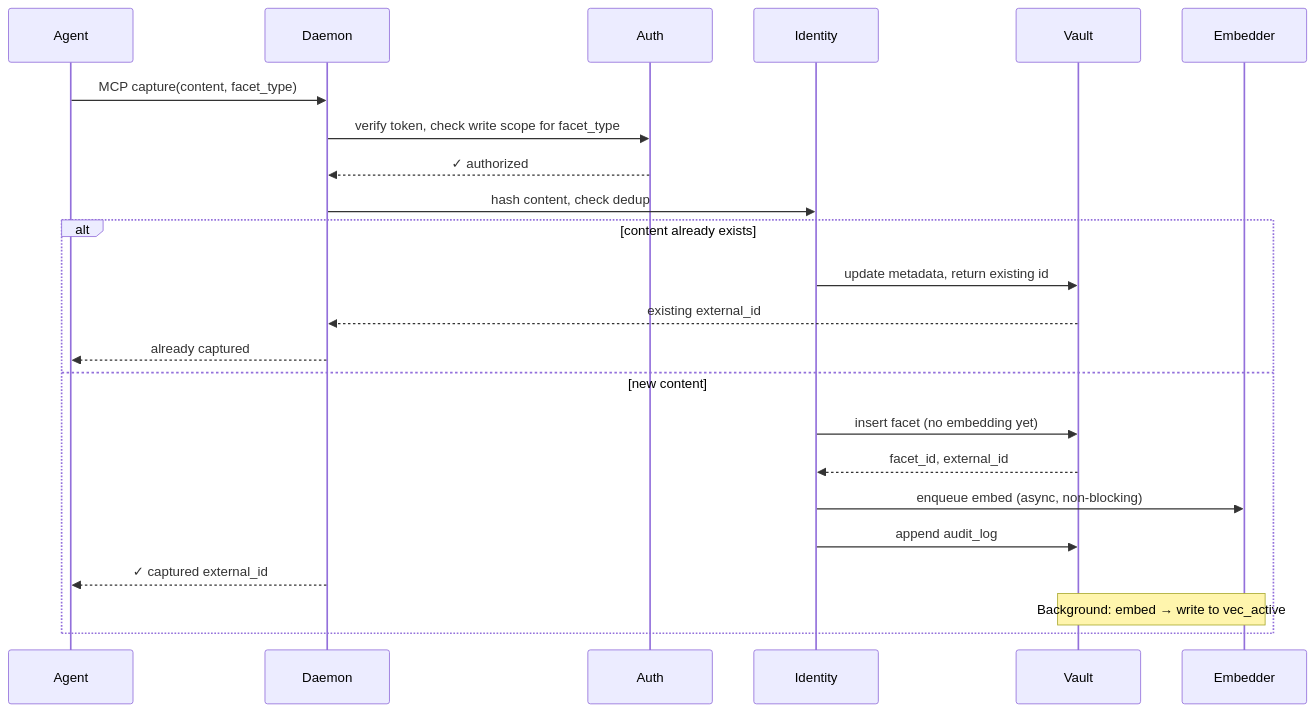
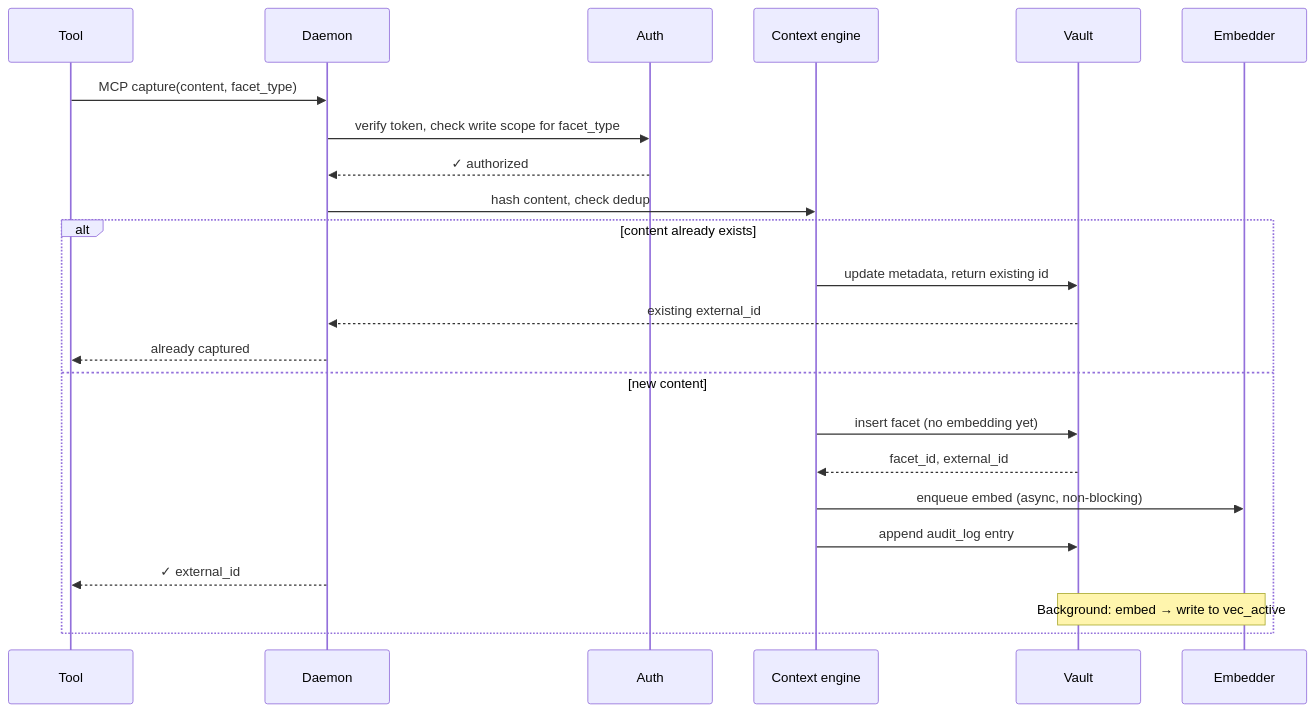
One commit to Mathews-Tom/Tessera changed the sixth of 8 diagrams in docs/system-design.md. Above: the diagram before and after it, drawn with Mermaid. The commit also changed other lines of this file and 24 other files, not shown here.

````diff
--- a/docs/system-design.md
+++ b/docs/system-design.md
@@ -509,26 +385,26 @@
 ```mermaid
 sequenceDiagram
-  participant Agent
+  participant Tool
   participant Daemon
   participant Auth
-  participant Identity
+  participant Ctx as Context engine
   participant Vault
-  participant Embedder
+  participant Embed as Embedder
 
-  Agent->>Daemon: MCP capture(content, facet_type)
+  Tool->>Daemon: MCP capture(content, facet_type)
   Daemon->>Auth: verify token, check write scope for facet_type
   Auth-->>Daemon: ✓ authorized
-  Daemon->>Identity: hash content, check dedup
+  Daemon->>Ctx: hash content, check dedup
   alt content already exists
-    Identity->>Vault: update metadata, return existing id
+    Ctx->>Vault: update metadata, return existing id
     Vault-->>Daemon: existing external_id
-    Daemon-->>Agent: already captured
+    Daemon-->>Tool: already captured
   else new content
-    Identity->>Vault: insert facet (no embedding yet)
-    Vault-->>Identity: facet_id, external_id
-    Identity->>Embedder: enqueue embed (async, non-blocking)
-    Identity->>Vault: append audit_log
-    Daemon-->>Agent: ✓ captured external_id
-    Note over Embedder,Vault: Background: embed → write to vec_active
+    Ctx->>Vault: insert facet (no embedding yet)
+    Vault-->>Ctx: facet_id, external_id
+    Ctx->>Embed: enqueue embed (async, non-blocking)
+    Ctx->>Vault: append audit_log entry
+    Daemon-->>Tool: ✓ external_id
+    Note over Embed,Vault: Background: embed → write to vec_active
   end
 ```
````
